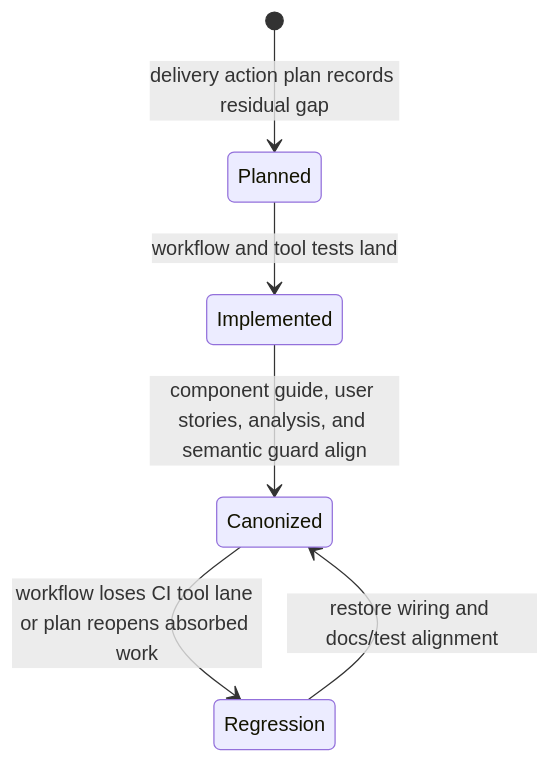
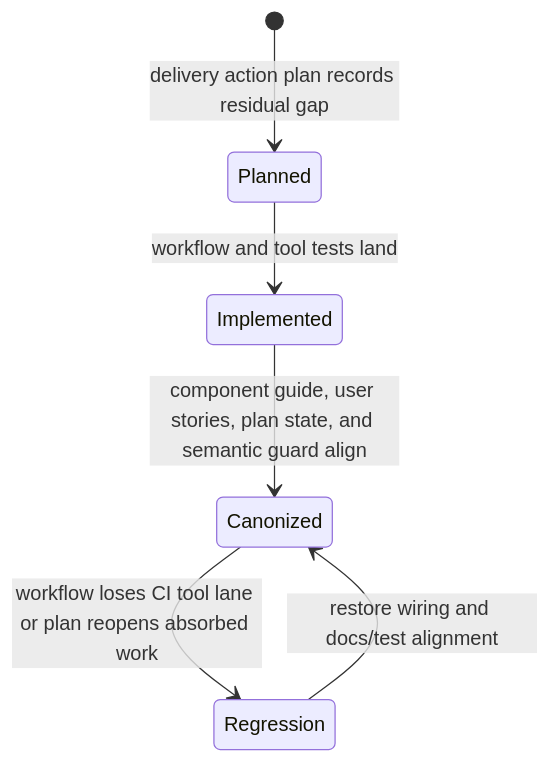
Before and after one commit to dunay2/dvt: the first of 2 diagrams in docs/architecture/components/ci-governance/ci-delivery-governance-component.md, drawn with Mermaid. The commit also changed other lines of this file and 26 other files, not shown here.

````diff
--- a/docs/architecture/components/ci-governance/ci-delivery-governance-component.md
+++ b/docs/architecture/components/ci-governance/ci-delivery-governance-component.md
@@ -49,8 +49,8 @@
 ```mermaid
 stateDiagram-v2
   [*] --> Planned: delivery action plan records residual gap
   Planned --> Implemented: workflow and tool tests land
-  Implemented --> Canonized: component guide, user stories, analysis, and semantic guard align
+  Implemented --> Canonized: component guide, user stories, plan state, and semantic guard align
   Canonized --> Regression: workflow loses CI tool lane or plan reopens absorbed work
   Regression --> Canonized: restore wiring and docs/test alignment
 ```
````
